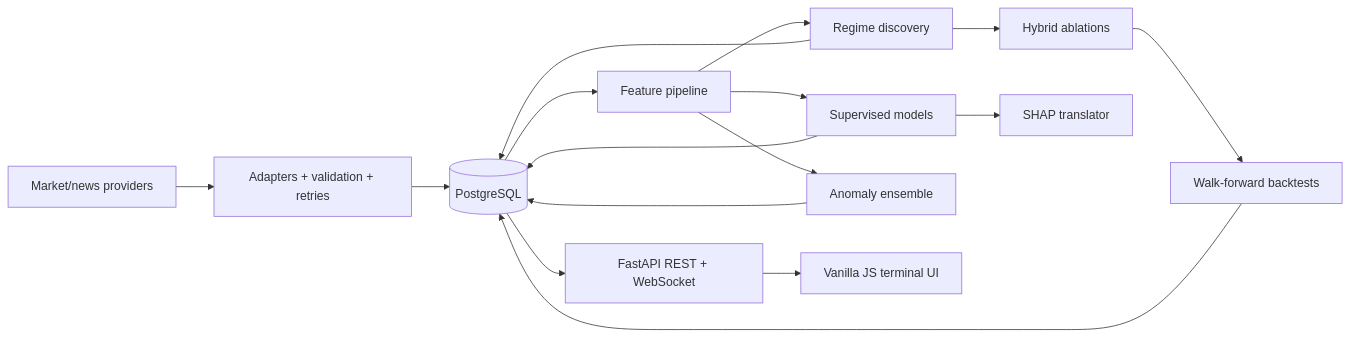
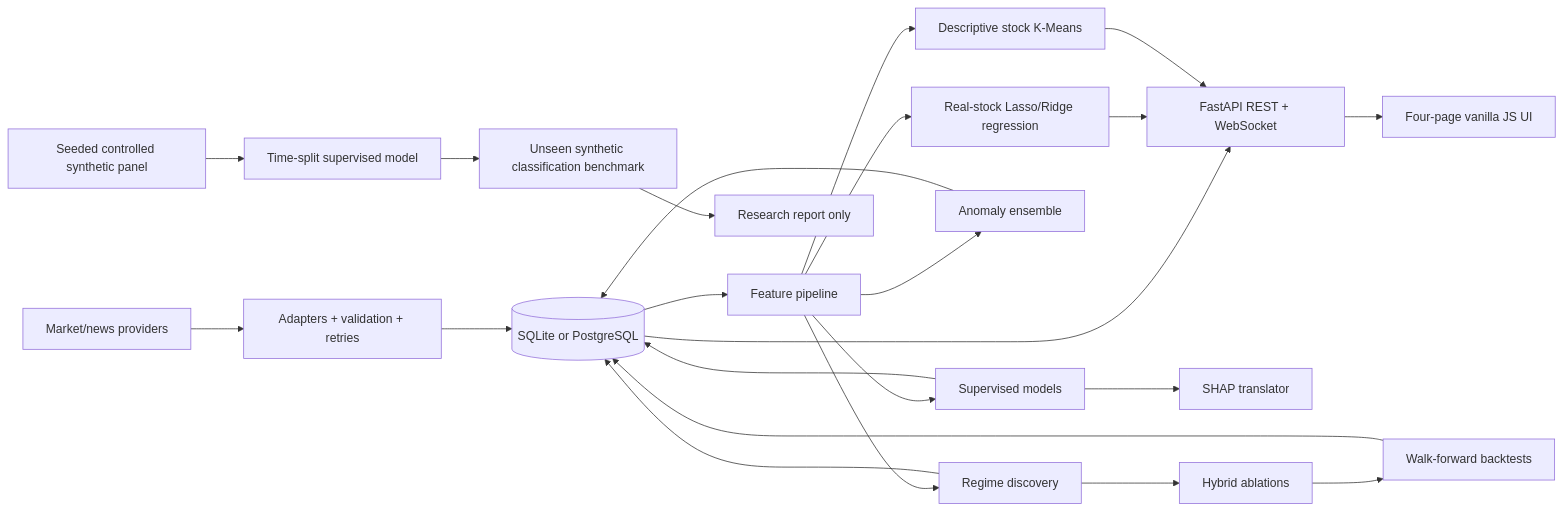
Before and after one commit to sohamkamerkar007/ai-stock-market-intelligence: the diagram in docs/ARCHITECTURE.md, drawn with Mermaid. The commit also changed other lines of this file and 45 other files, not shown here.

````diff
--- a/docs/ARCHITECTURE.md
+++ b/docs/ARCHITECTURE.md
@@ -5,18 +5,25 @@
 ```mermaid
 flowchart LR
   P[Market/news providers] --> I[Adapters + validation + retries]
-  I --> D[(PostgreSQL)]
+  I --> D[(SQLite or PostgreSQL)]
   D --> F[Feature pipeline]
   F --> S[Supervised models]
   F --> R[Regime discovery]
   F --> A[Anomaly ensemble]
   R --> H[Hybrid ablations]
   S --> X[SHAP translator]
   H --> B[Walk-forward backtests]
   D --> API[FastAPI REST + WebSocket]
   S --> D
   R --> D
   A --> D
   B --> D
-  API --> UI[Vanilla JS terminal UI]
+  API --> UI[Four-page vanilla JS UI]
+  C[Seeded controlled synthetic panel] --> CM[Time-split supervised model]
+  CM --> E[Unseen synthetic classification benchmark]
+  E --> DOC[Research report only]
+  F --> LR[Real-stock Lasso/Ridge regression]
+  F --> KM[Descriptive stock K-Means]
+  LR --> API
+  KM --> API
 ```
````
